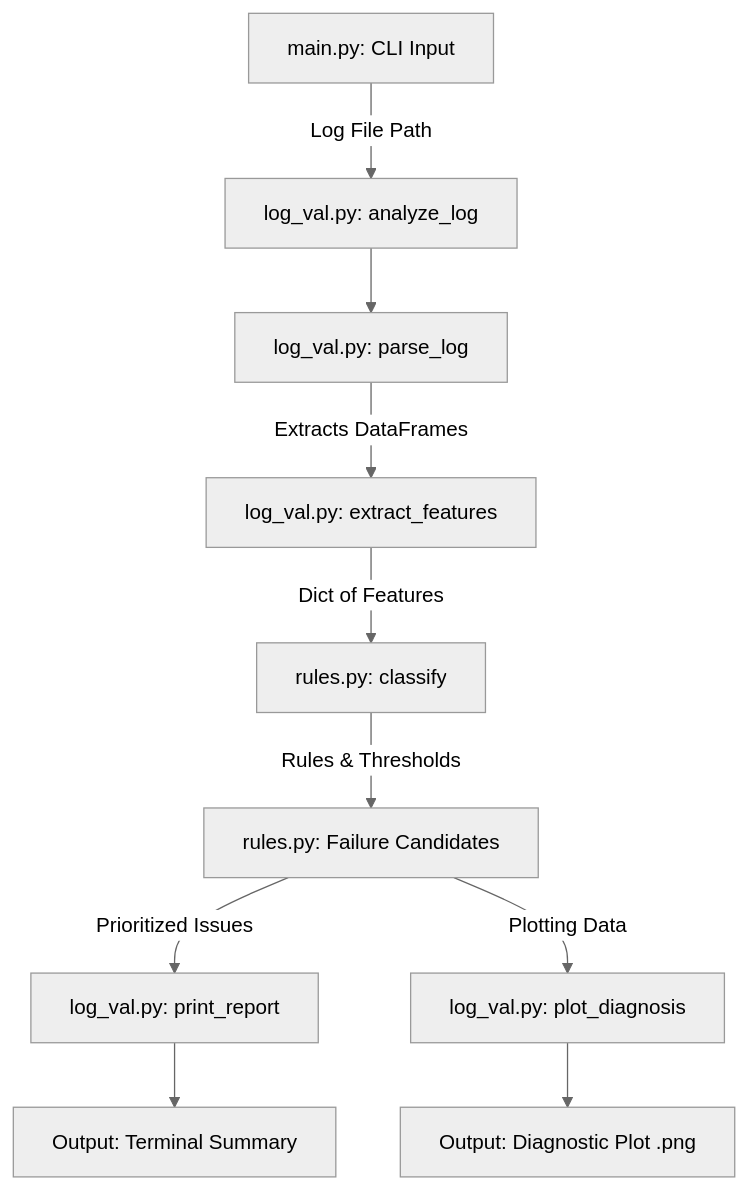
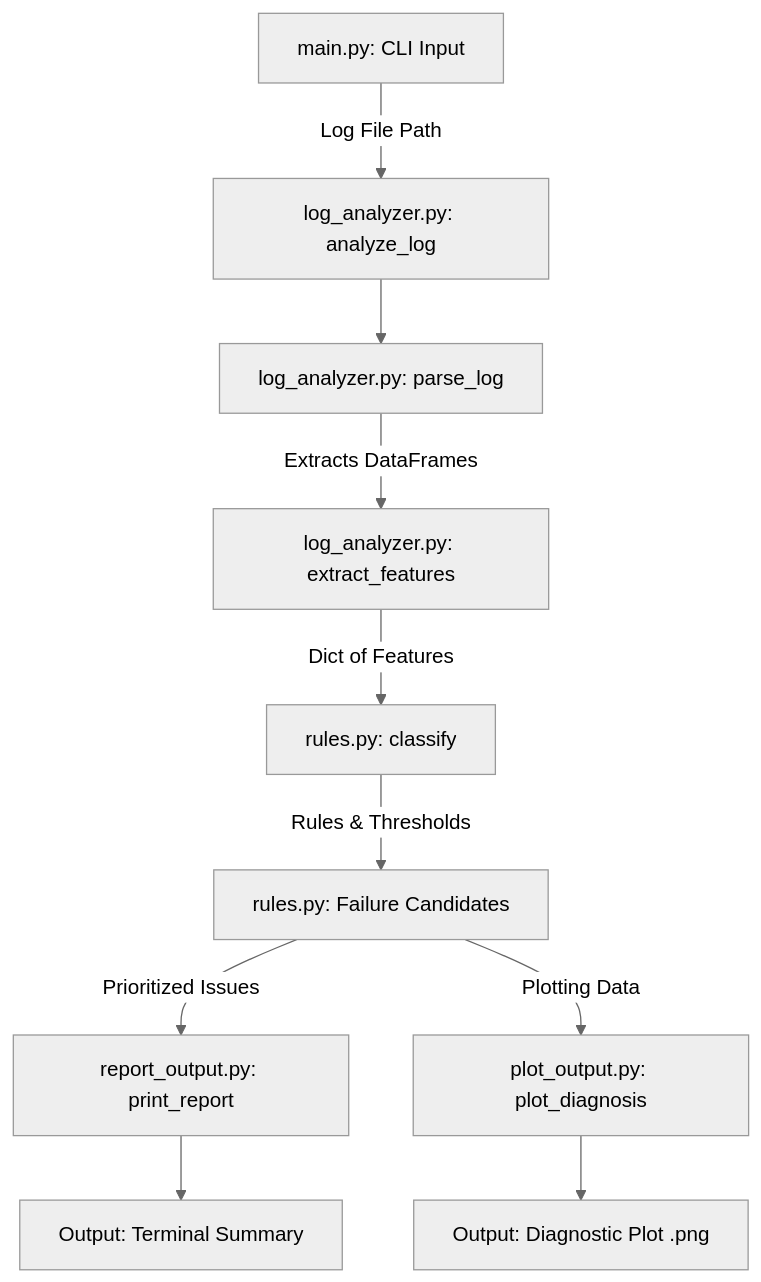
The diagram in README.md (Dijo-404/alda), drawn with Mermaid (neutral theme) before and after one commit. The commit also changed other lines of this file and 5 other files, not shown here.

````diff
--- a/README.md
+++ b/README.md
@@ -27,12 +32,12 @@
 ```mermaid
 graph TD
-    A[main.py: CLI Input] -->|Log File Path| B[log_val.py: analyze_log]
-    B --> C[log_val.py: parse_log]
-    C -->|Extracts DataFrames| D[log_val.py: extract_features]
+    A[main.py: CLI Input] -->|Log File Path| B[log_analyzer.py: analyze_log]
+    B --> C[log_analyzer.py: parse_log]
+    C -->|Extracts DataFrames| D[log_analyzer.py: extract_features]
     D -->|Dict of Features| E[rules.py: classify]
     E -->|Rules & Thresholds| F[rules.py: Failure Candidates]
-    F -->|Prioritized Issues| G[log_val.py: print_report]
-    F -->|Plotting Data| H[log_val.py: plot_diagnosis]
+    F -->|Prioritized Issues| G[report_output.py: print_report]
+    F -->|Plotting Data| H[plot_output.py: plot_diagnosis]
     H --> I[Output: Diagnostic Plot .png]
     G --> J[Output: Terminal Summary]
 ```
````
